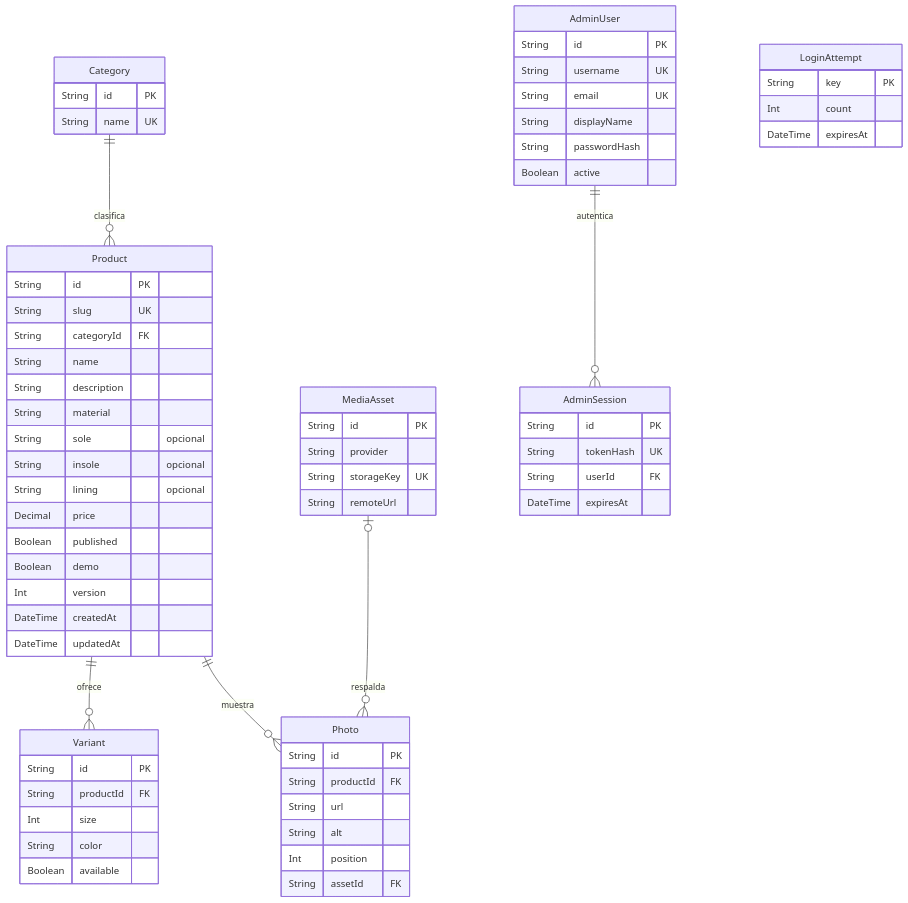
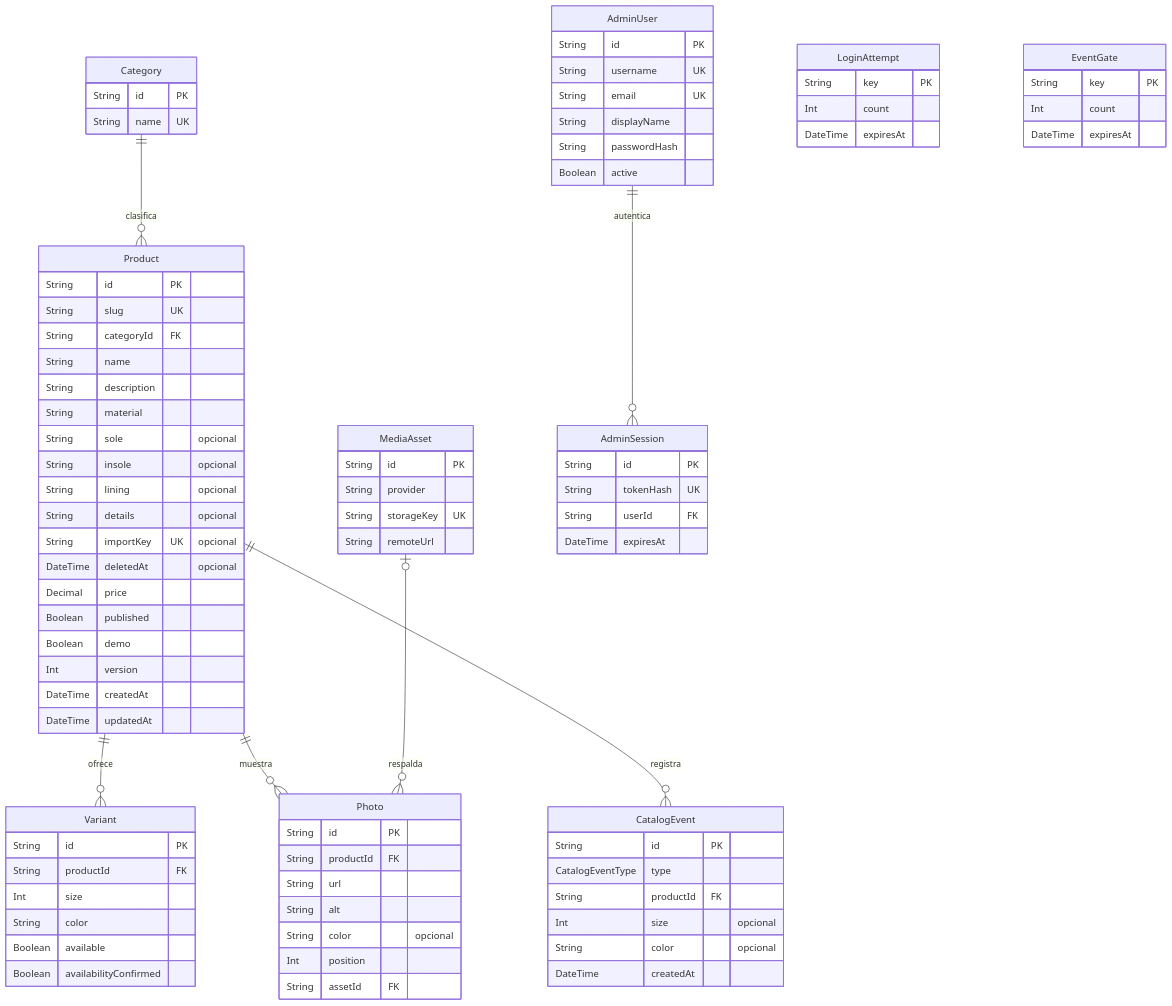
Before and after one commit to 14149492/top-walker: the diagram in documento del proyecto/modelo-datos.md, drawn with Mermaid. The commit also changed other lines of this file and 91 other files, not shown here.

````diff
--- a/documento del proyecto/modelo-datos.md
+++ b/documento del proyecto/modelo-datos.md
@@ -13,6 +15,7 @@
     Category ||--o{ Product : clasifica
     Product ||--o{ Variant : ofrece
     Product ||--o{ Photo : muestra
+    Product ||--o{ CatalogEvent : registra
     MediaAsset o|--o{ Photo : respalda
     AdminUser ||--o{ AdminSession : autentica
     Category {
@@ -29,6 +32,9 @@
         String sole "opcional"
         String insole "opcional"
         String lining "opcional"
+        String details "opcional"
+        String importKey UK "opcional"
+        DateTime deletedAt "opcional"
         Decimal price
         Boolean published
         Boolean demo
@@ -42,12 +48,14 @@
         Int size
         String color
         Boolean available
+        Boolean availabilityConfirmed
     }
     Photo {
         String id PK
         String productId FK
         String url
         String alt
+        String color "opcional"
         Int position
         String assetId FK
     }
@@ -76,4 +84,17 @@
         Int count
         DateTime expiresAt
     }
+    CatalogEvent {
+        String id PK
+        CatalogEventType type
+        String productId FK
+        Int size "opcional"
+        String color "opcional"
+        DateTime createdAt
+    }
+    EventGate {
+        String key PK
+        Int count
+        DateTime expiresAt
+    }
 ```
````
